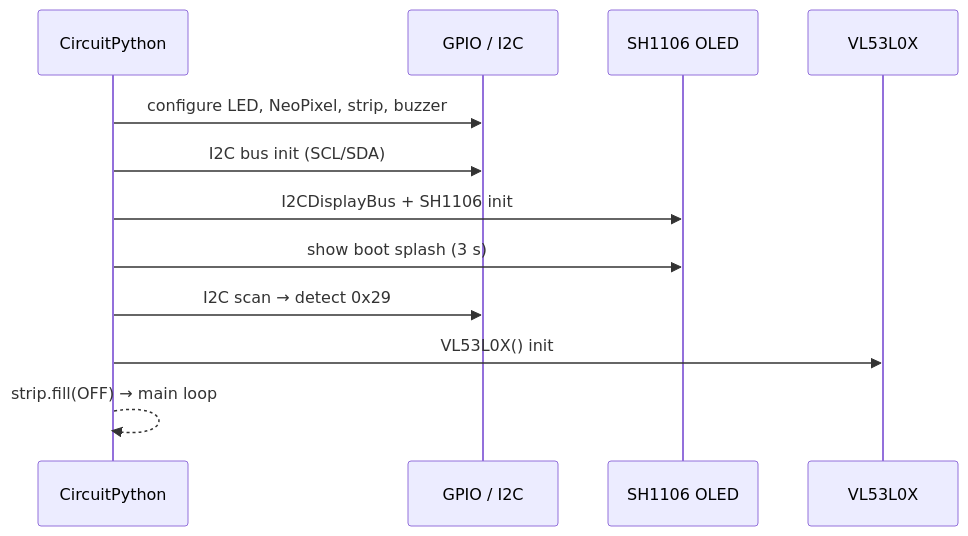
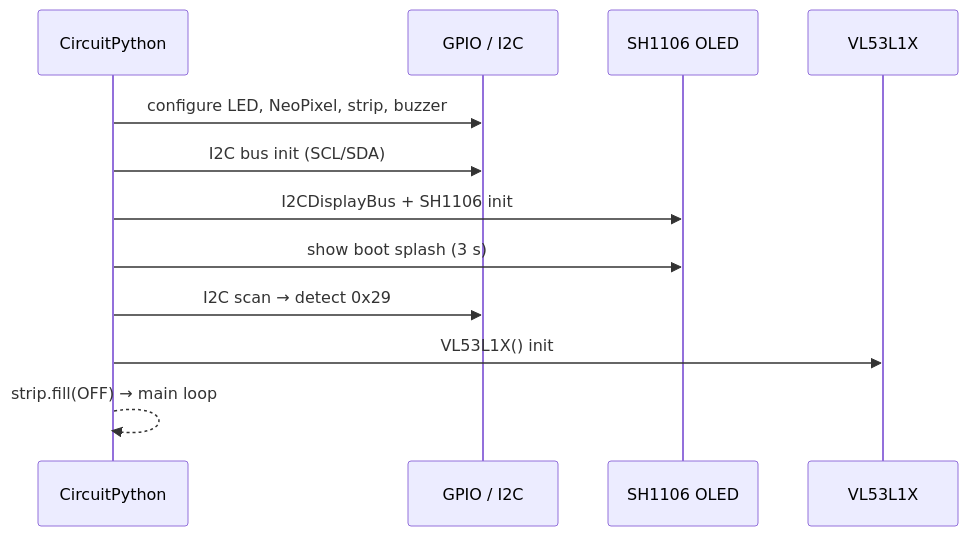
The second of 3 diagrams in .workshop/step_4/docs/architecture.rst (useblocks/demo_park_assist), drawn with Mermaid before and after one commit. The commit also changed other lines of this file and 28 other files, not shown here.

```diff
--- a/.workshop/step_4/docs/architecture.rst
+++ b/.workshop/step_4/docs/architecture.rst
@@ -68,15 +68,15 @@
    .. mermaid::
 
       sequenceDiagram
           participant CP as CircuitPython
           participant GPIO as GPIO / I2C
           participant OLED as SH1106 OLED
-          participant TOF as VL53L0X
+          participant TOF as VL53L1X
 
           CP->>GPIO: configure LED, NeoPixel, strip, buzzer
           CP->>GPIO: I2C bus init (SCL/SDA)
           CP->>OLED: I2CDisplayBus + SH1106 init
           CP->>OLED: show boot splash (3 s)
           CP->>GPIO: I2C scan → detect 0x29
-          CP->>TOF: VL53L0X() init
+          CP->>TOF: VL53L1X() init
           CP-->>CP: strip.fill(OFF) → main loop
```
